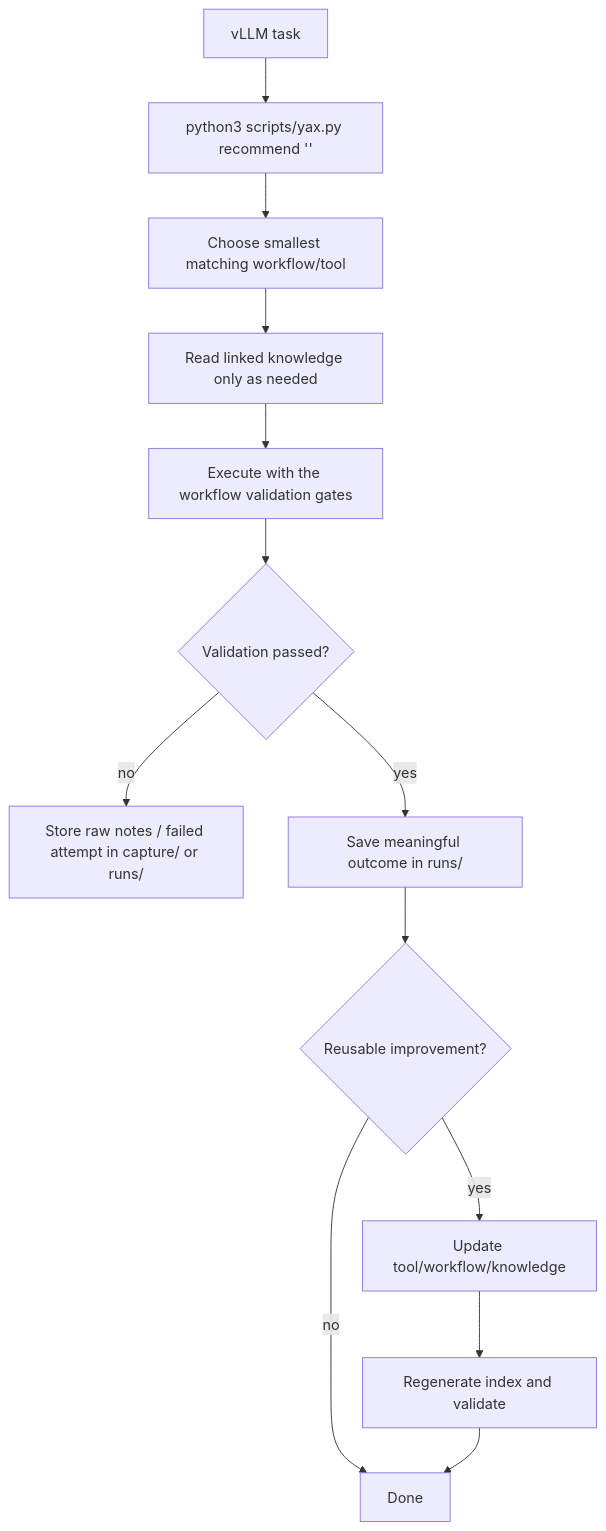
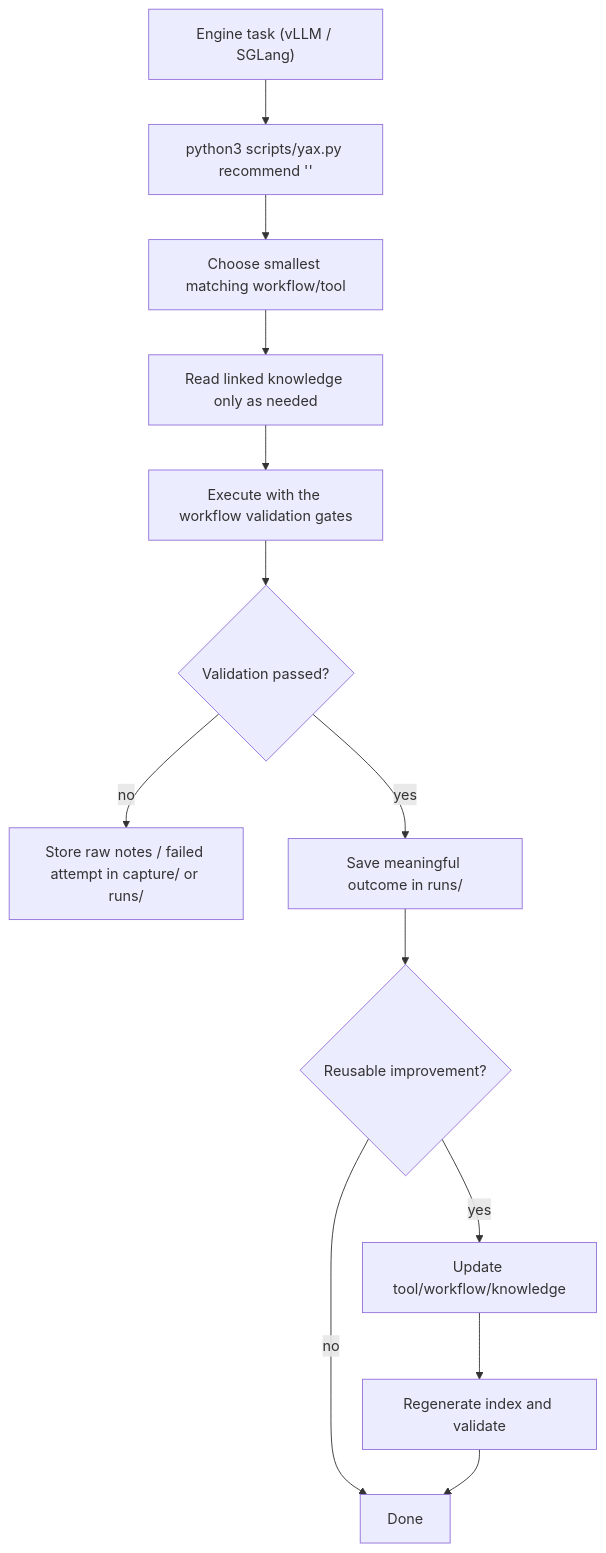
One commit to bobofang11235/YAX changed the diagram in README.md. Above: the diagram before and after it, drawn with Mermaid. The commit also changed other lines of this file and 90 other files, not shown here.

First line of the commit message:
Make YAX a symmetric multi-engine harness

````diff
--- a/README.md
+++ b/README.md
@@ -24,15 +24,15 @@
 ```mermaid
 flowchart TD
-  task["vLLM task"] --> retrieve["python3 scripts/yax.py recommend '<task>'"]
+  task["Engine task (vLLM / SGLang)"] --> retrieve["python3 scripts/yax.py recommend '<task>'"]
   retrieve --> choose["Choose smallest matching workflow/tool"]
   choose --> context["Read linked knowledge only as needed"]
   context --> execute["Execute with the workflow validation gates"]
   execute --> validate{"Validation passed?"}
   validate -->|no| capture["Store raw notes / failed attempt in capture/ or runs/"]
   validate -->|yes| run["Save meaningful outcome in runs/"]
   run --> reusable{"Reusable improvement?"}
   reusable -->|yes| update["Update tool/workflow/knowledge"]
   update --> index["Regenerate index and validate"]
   reusable -->|no| done["Done"]
   index --> done
 ```
````
